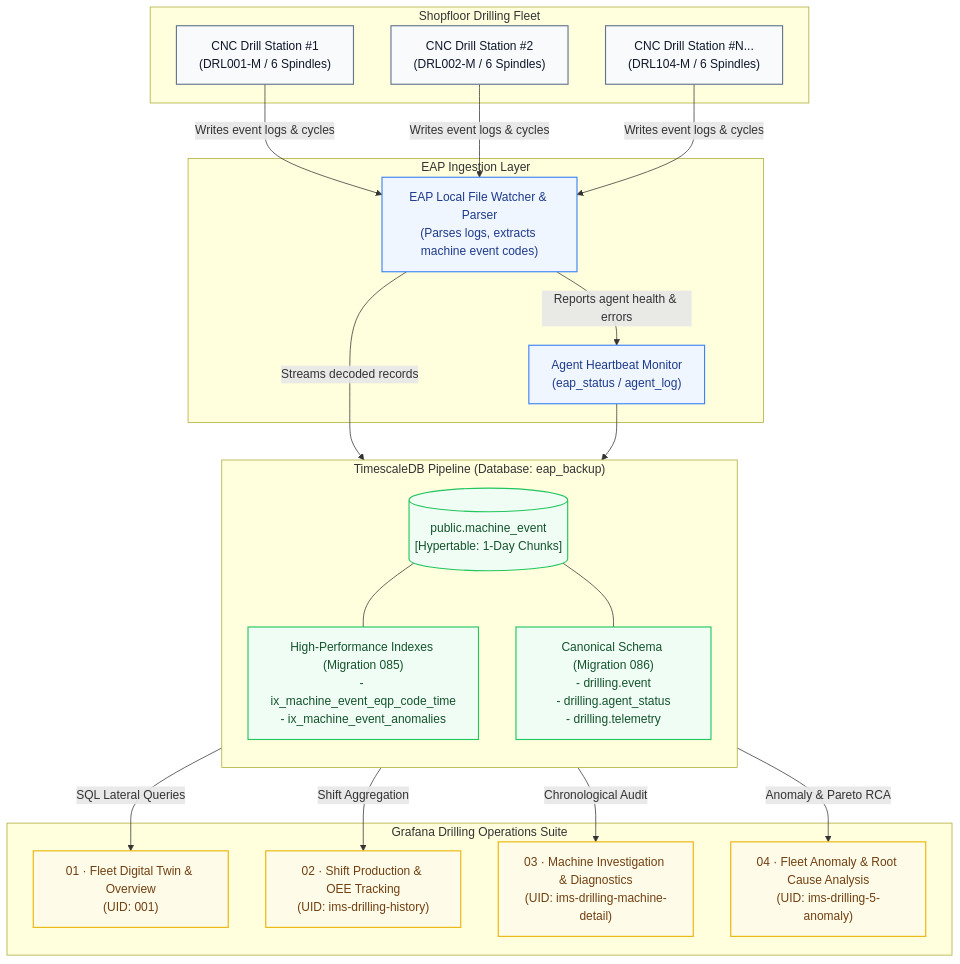
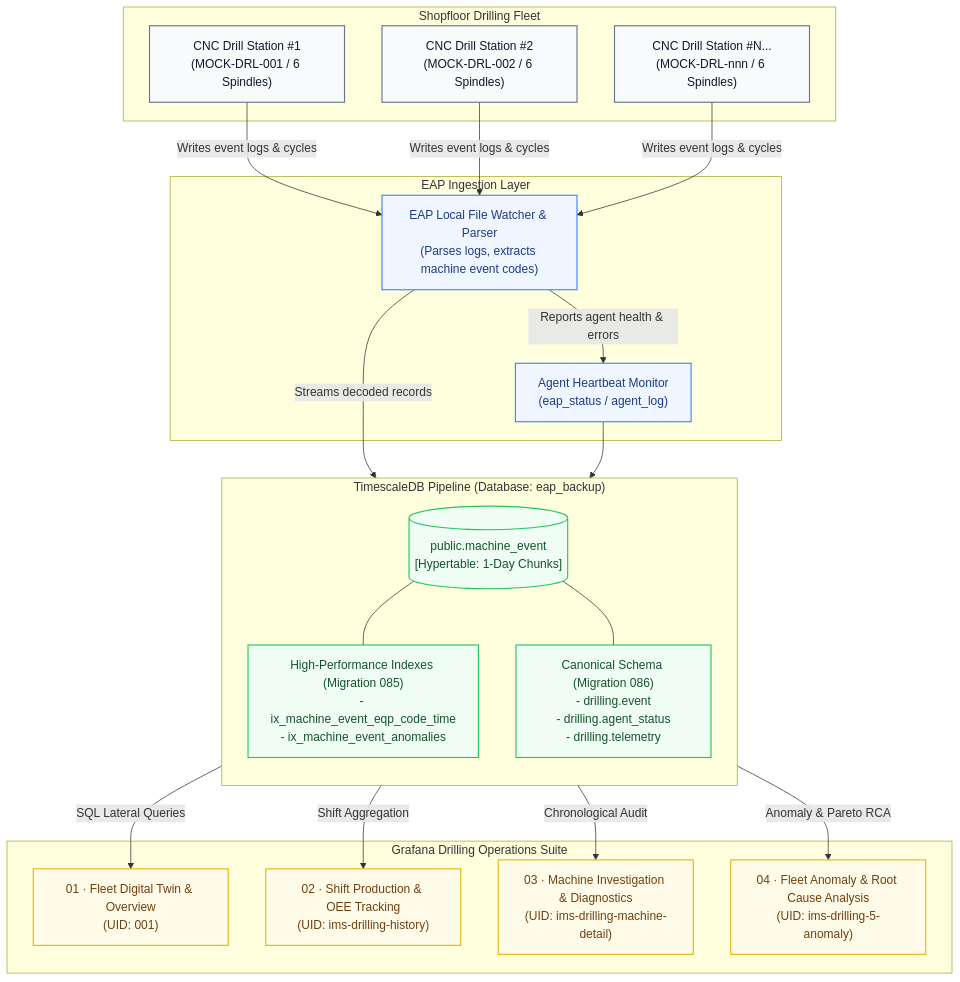
The first of 4 diagrams in docs/user/DRILLING_USER_MANUAL.md (PATTANAKORN025/IMS), drawn with Mermaid before and after one commit. The commit also changed other lines of this file and 74 other files, not shown here.

````diff
--- a/docs/user/DRILLING_USER_MANUAL.md
+++ b/docs/user/DRILLING_USER_MANUAL.md
@@ -70,48 +70,48 @@
 ```mermaid
 flowchart TD
     subgraph SHOPFLOOR[" Shopfloor Drilling Fleet "]
-        M1["CNC Drill Station #1<br/>(DRL001-M / 6 Spindles)"]
-        M2["CNC Drill Station #2<br/>(DRL002-M / 6 Spindles)"]
-        MN["CNC Drill Station #N...<br/>(DRL104-M / 6 Spindles)"]
+        M1["CNC Drill Station #1<br/>(MOCK-DRL-001 / 6 Spindles)"]
+        M2["CNC Drill Station #2<br/>(MOCK-DRL-002 / 6 Spindles)"]
+        MN["CNC Drill Station #N...<br/>(MOCK-DRL-nnn / 6 Spindles)"]
     end
 
     subgraph INGESTION[" EAP Ingestion Layer "]
         AGENT["EAP Local File Watcher & Parser<br/>(Parses logs, extracts machine event codes)"]
         STATUS_FEED["Agent Heartbeat Monitor<br/>(eap_status / agent_log)"]
     end
 
     subgraph STORAGE[" TimescaleDB Pipeline (Database: eap_backup) "]
         direction TB
         RAW_EVENT[("public.machine_event<br/>[Hypertable: 1-Day Chunks]")]
         MIG085["High-Performance Indexes (Migration 085)<br/>- ix_machine_event_eqp_code_time<br/>- ix_machine_event_anomalies"]
         VIEW_SCHEMA["Canonical Schema (Migration 086)<br/>- drilling.event<br/>- drilling.agent_status<br/>- drilling.telemetry"]
         RAW_EVENT --- MIG085
         RAW_EVENT --- VIEW_SCHEMA
     end
 
     subgraph VISUALIZATION[" Grafana Drilling Operations Suite "]
         D1["01 · Fleet Digital Twin & Overview<br/>(UID: 001)"]
         D2["02 · Shift Production & OEE Tracking<br/>(UID: ims-drilling-history)"]
         D3["03 · Machine Investigation & Diagnostics<br/>(UID: ims-drilling-machine-detail)"]
         D4["04 · Fleet Anomaly & Root Cause Analysis<br/>(UID: ims-drilling-5-anomaly)"]
     end
 
     M1 & M2 & MN -->|Writes event logs & cycles| AGENT
     AGENT -->|Streams decoded records| RAW_EVENT
     AGENT -->|Reports agent health & errors| STATUS_FEED
     STATUS_FEED --> STORAGE
     VIEW_SCHEMA -->|SQL Lateral Queries| D1
     VIEW_SCHEMA -->|Shift Aggregation| D2
     VIEW_SCHEMA -->|Chronological Audit| D3
     VIEW_SCHEMA -->|Anomaly & Pareto RCA| D4
 
     classDef shopStyle fill:#f8fafc,stroke:#64748b,stroke-width:1.5px,color:#0f172a;
     classDef ingestStyle fill:#eff6ff,stroke:#3b82f6,stroke-width:1.5px,color:#1e3a8a;
     classDef storageStyle fill:#f0fdf4,stroke:#22c55e,stroke-width:1.5px,color:#14532d;
     classDef visualStyle fill:#fefce8,stroke:#eab308,stroke-width:1.5px,color:#713f12;
 
     class M1,M2,MN shopStyle;
     class AGENT,STATUS_FEED ingestStyle;
     class RAW_EVENT,MIG085,VIEW_SCHEMA storageStyle;
     class D1,D2,D3,D4 visualStyle;
 ```
````
